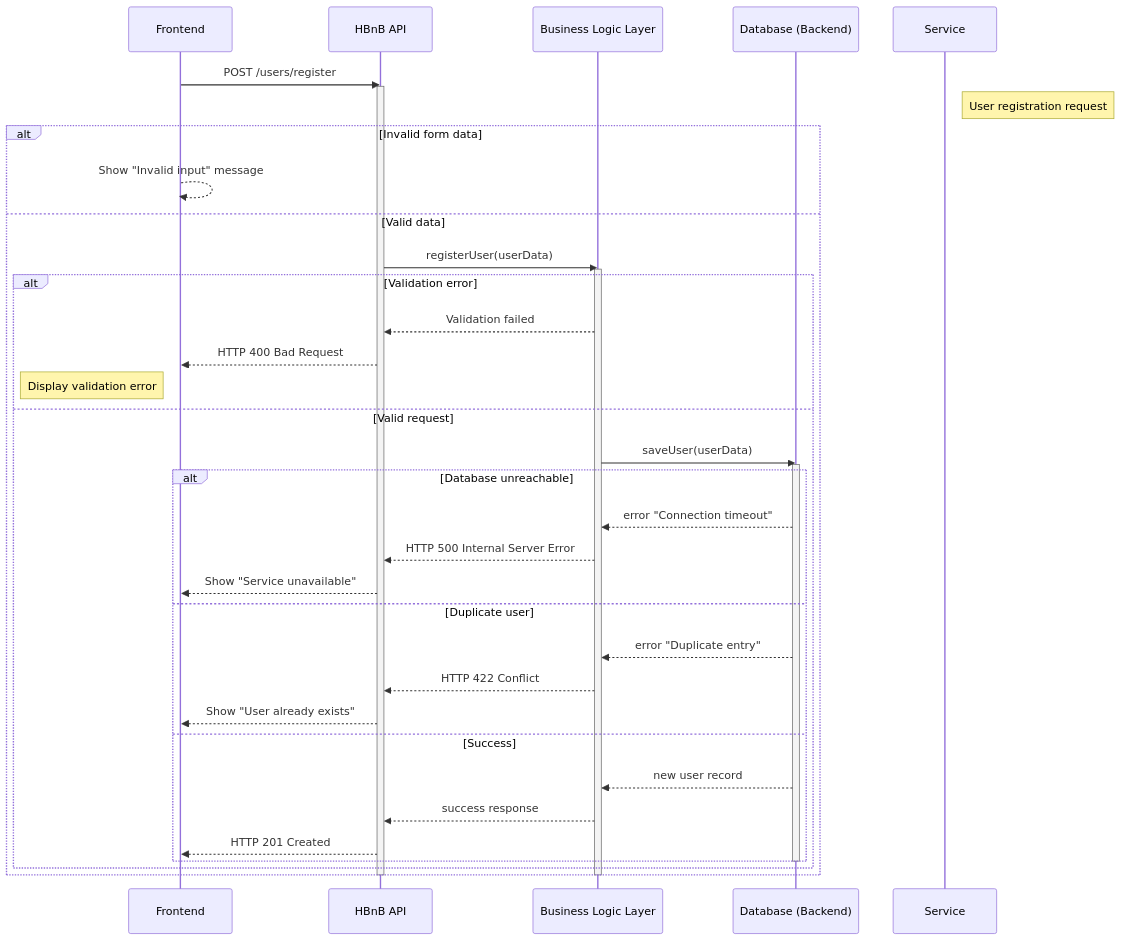
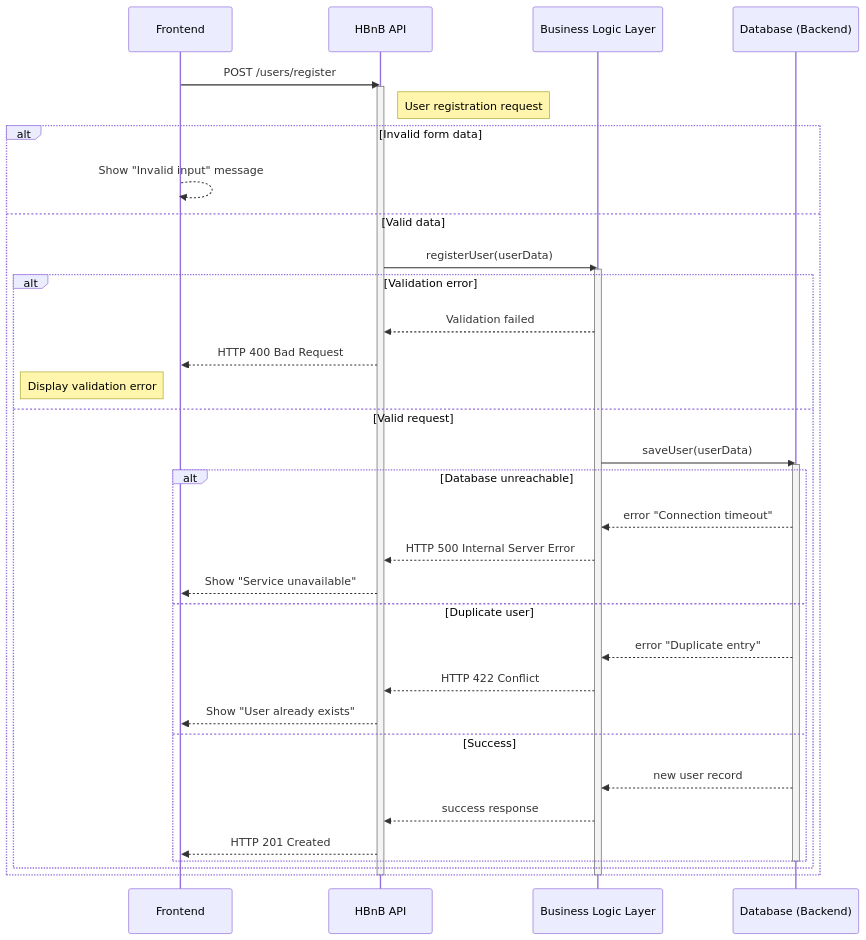
One commit to LEROY-Yanis/holbertonschool-hbnb changed the first of 3 diagrams in part1/task_3.md. Above: the diagram before and after it, drawn with Mermaid. The commit also changed other lines of this file, not shown here.

Commit message:
Update notes for user registration and login requests

````diff
--- a/part1/task_3.md
+++ b/part1/task_3.md
@@ -5,45 +5,45 @@
 ```mermaid
 sequenceDiagram
     participant User as Frontend
     participant API as HBnB API
     participant Logic as Business Logic Layer
     participant Storage as Database (Backend)
 
     User->>API: POST /users/register
     activate API
-    Note right of Service: User registration request
+    Note right of API: User registration request
 
     alt Invalid form data
         User-->>User: Show "Invalid input" message
     else Valid data
         API->>Logic: registerUser(userData)
         activate Logic
 
         alt Validation error
             Logic-->>API: Validation failed
             API-->>User: HTTP 400 Bad Request
             Note left of User: Display validation error
         else Valid request
             Logic->>Storage: saveUser(userData)
             activate Storage
 
             alt Database unreachable
                 Storage-->>Logic: error "Connection timeout"
                 Logic-->>API: HTTP 500 Internal Server Error
                 API-->>User: Show "Service unavailable"
             else Duplicate user
                 Storage-->>Logic: error "Duplicate entry"
                 Logic-->>API: HTTP 422 Conflict
                 API-->>User: Show "User already exists"
             else Success
                 Storage-->>Logic: new user record
                 Logic-->>API: success response
                 API-->>User: HTTP 201 Created
             end
             deactivate Storage
         end
     end
 
     deactivate Logic
     deactivate API
 ```
````
